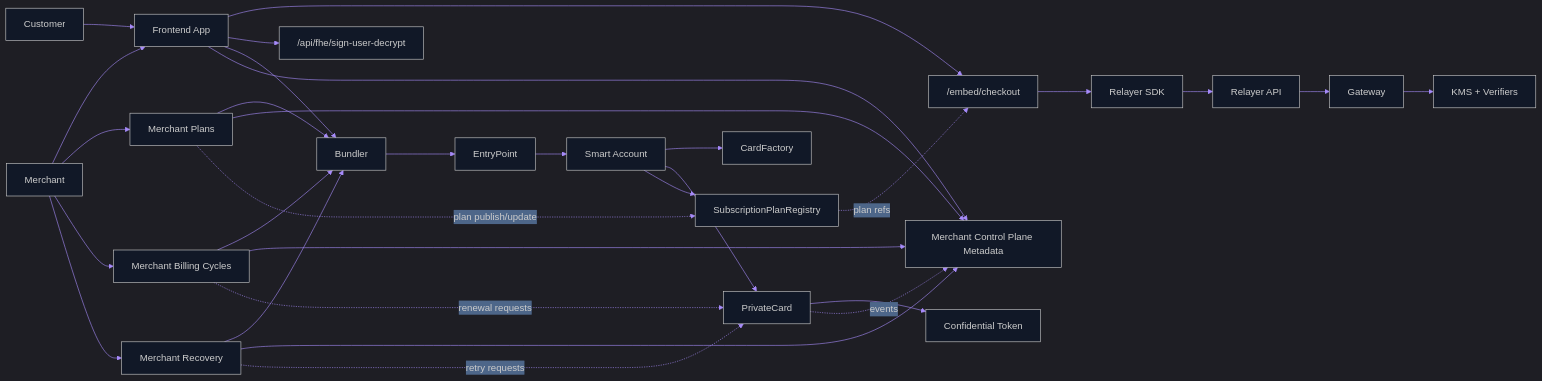
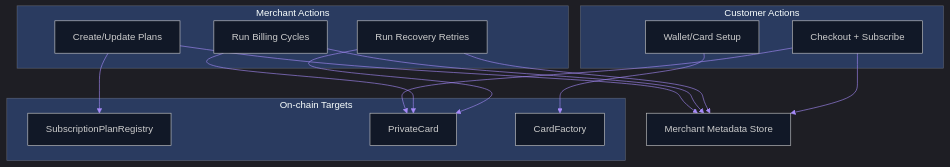
One commit to tekuuu/PayMe changed the third of 3 diagrams in README.md. Above: the diagram before and after it, drawn with Mermaid. The commit also changed other lines of this file, not shown here.

Commit message:
docs: simplify architecture diagrams and clarify core flows

````diff
--- a/README.md
+++ b/README.md
@@ -283,36 +223,32 @@
 ```mermaid
 %%{init: {'theme':'dark', 'themeVariables': { 'primaryColor':'#a78bfa', 'primaryTextColor':'#ffffff', 'primaryBorderColor':'#8b5cf6', 'lineColor':'#a78bfa', 'secondaryColor':'#0f172a', 'tertiaryColor':'#1e293b', 'background':'#0b1020', 'mainBkg':'#111827', 'secondBkg':'#1f2937', 'labelBackground':'#1f2937', 'labelTextColor':'#ffffff'}}}%%
-flowchart LR
-    U[Customer] --> FE[Frontend App]
-    M[Merchant] --> FE
-    M --> MPLAN[Merchant Plans]
-    M --> MBILL[Merchant Billing Cycles]
-    M --> MREC[Merchant Recovery]
-    FE --> EMB["/embed/checkout"]
-    FE --> API["/api/fhe/sign-user-decrypt"]
-    EMB --> SDK[Relayer SDK]
-    SDK --> REL[Relayer API]
-    REL --> GW[Gateway]
-    GW --> KMS[KMS + Verifiers]
+flowchart TB
+    subgraph MERCHANT["Merchant Actions"]
+      MPLAN["Create/Update Plans"]
+      MBILL["Run Billing Cycles"]
+      MREC["Run Recovery Retries"]
+    end
 
-    FE --> BUNDLER[Bundler]
-    MPLAN --> BUNDLER
-    MBILL --> BUNDLER
-    MREC --> BUNDLER
-    BUNDLER --> EP[EntryPoint]
-    EP --> SA[Smart Account]
-    SA --> CF[CardFactory]
-    SA --> PC[PrivateCard]
-    SA --> SPR[SubscriptionPlanRegistry]
-    PC --> TOKEN[Confidential Token]
+    subgraph CUSTOMER["Customer Actions"]
+      CSET["Wallet/Card Setup"]
+      CSUB["Checkout + Subscribe"]
+    end
 
-    FE --> MCP[Merchant Control Plane Metadata]
+    subgraph ONCHAIN["On-chain Targets"]
+      SPR["SubscriptionPlanRegistry"]
+      PC["PrivateCard"]
+      CF["CardFactory"]
+    end
+
+    MCP["Merchant Metadata Store"]
+
+    CSET --> CF
+    CSUB --> PC
+    MPLAN --> SPR
+    MBILL --> PC
+    MREC --> PC
     MPLAN --> MCP
     MBILL --> MCP
     MREC --> MCP
-    MPLAN -. plan publish/update .-> SPR
-    MBILL -. renewal requests .-> PC
-    MREC -. retry requests .-> PC
-    PC -. events .-> MCP
-    SPR -. plan refs .-> EMB
+    CSUB --> MCP
 ```
````
